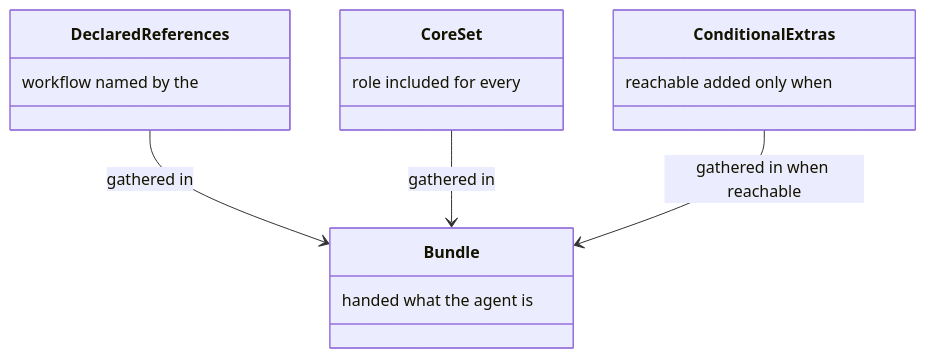
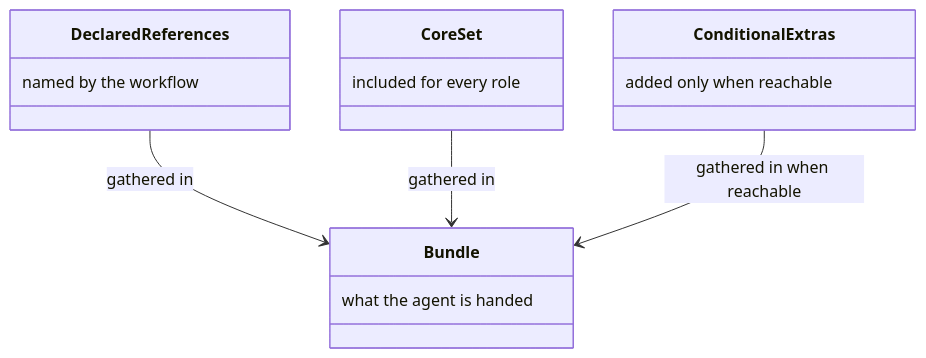
The second of 26 diagrams in docs/delivery.md (m2ux/workflow-server), drawn with Mermaid before and after one commit. The commit also changed other lines of this file and 10 other files, not shown here.

Commit message:
Write each class-box note in reading order so the diagram shows the phrase as written.

````diff
--- a/docs/delivery.md
+++ b/docs/delivery.md
@@ -29,18 +29,18 @@
 ```mermaid
 classDiagram
   class DeclaredReferences {
-    workflow named by the
+    named by the workflow
   }
   class CoreSet {
-    role included for every
+    included for every role
   }
   class ConditionalExtras {
-    reachable added only when
+    added only when reachable
   }
   class Bundle {
-    handed what the agent is
+    what the agent is handed
   }
   DeclaredReferences --> Bundle : gathered in
   CoreSet --> Bundle : gathered in
   ConditionalExtras --> Bundle : gathered in when reachable
 ```
````
